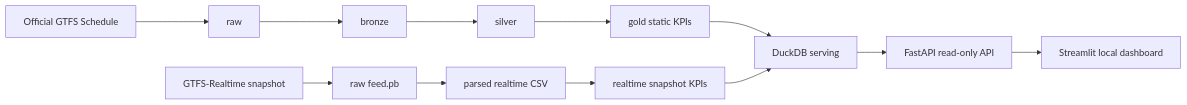
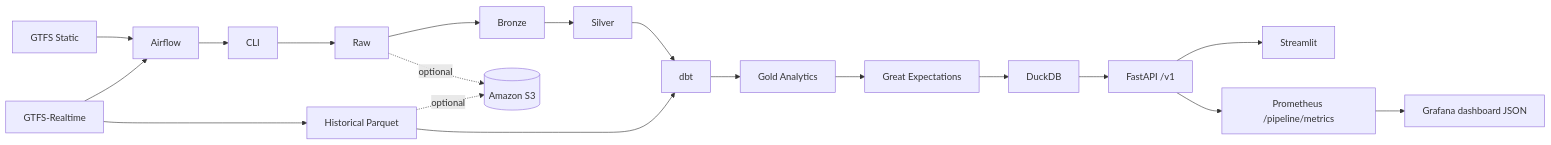
One commit to KYoussefAI/Mobility_Control_Tower changed the diagram in README.md. Above: the diagram before and after it, drawn with Mermaid. The commit also changed other lines of this file and 110 other files, not shown here.

````diff
--- a/README.md
+++ b/README.md
@@ -9,15 +9,21 @@
 ```mermaid
 flowchart LR
-    A[Official GTFS Schedule] --> B[raw]
-    B --> C[bronze]
-    C --> D[silver]
-    D --> E[gold static KPIs]
-    E --> F[DuckDB serving]
-    F --> G[FastAPI read-only API]
-    G --> H[Streamlit local dashboard]
-
-    RT[GTFS-Realtime snapshot] --> RTRaw[raw feed.pb]
-    RTRaw --> RTParsed[parsed realtime CSV]
-    RTParsed --> RTGold[realtime snapshot KPIs]
-    RTGold --> F
+    GTFS[GTFS Static] --> AF[Airflow]
+    GRT[GTFS-Realtime] --> AF
+    AF --> CLI[CLI]
+    CLI --> RAW[Raw]
+    RAW --> BRONZE[Bronze]
+    BRONZE --> SILVER[Silver]
+    SILVER --> DBT[dbt]
+    GRT --> PARQUET[Historical Parquet]
+    PARQUET --> DBT
+    DBT --> GOLD[Gold Analytics]
+    GOLD --> GE[Great Expectations]
+    GE --> DUCK[DuckDB]
+    DUCK --> API[FastAPI /v1]
+    API --> DASH[Streamlit]
+    API --> PROM[Prometheus /pipeline/metrics]
+    PROM --> GRAF[Grafana dashboard JSON]
+    RAW -. optional .-> S3[(Amazon S3)]
+    PARQUET -. optional .-> S3
 ```
````
